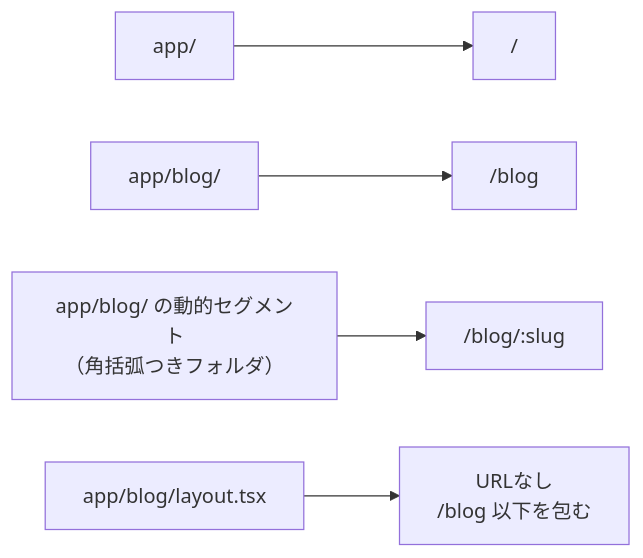
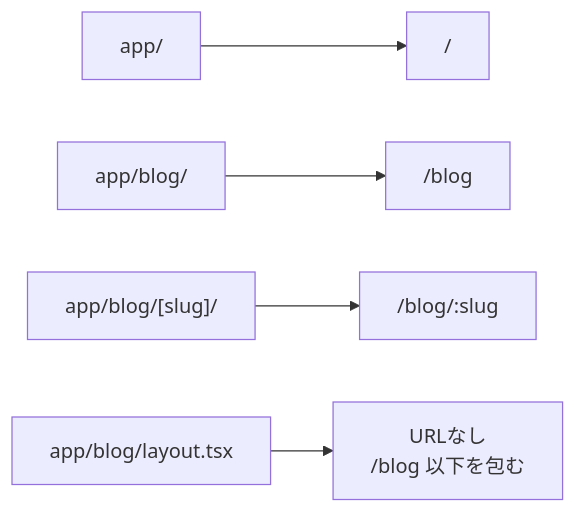
The first of 9 diagrams in articles/e7362b53b7d5da.md (nagahara-naoki/zenn), drawn with Mermaid before and after one commit. The commit also changed other lines of this file, not shown here.

````diff
--- a/articles/e7362b53b7d5da.md
+++ b/articles/e7362b53b7d5da.md
@@ -57,7 +57,7 @@
 ```mermaid
 flowchart LR
     A["app/"] --> B["/"]
     C["app/blog/"] --> D["/blog"]
-    E["app/blog/ の動的セグメント<br/>（角括弧つきフォルダ）"] --> F["/blog/:slug"]
+    E["app/blog/[slug]/"] --> F["/blog/:slug"]
     G["app/blog/layout.tsx"] --> H["URLなし<br/>/blog 以下を包む"]
 ```
````
